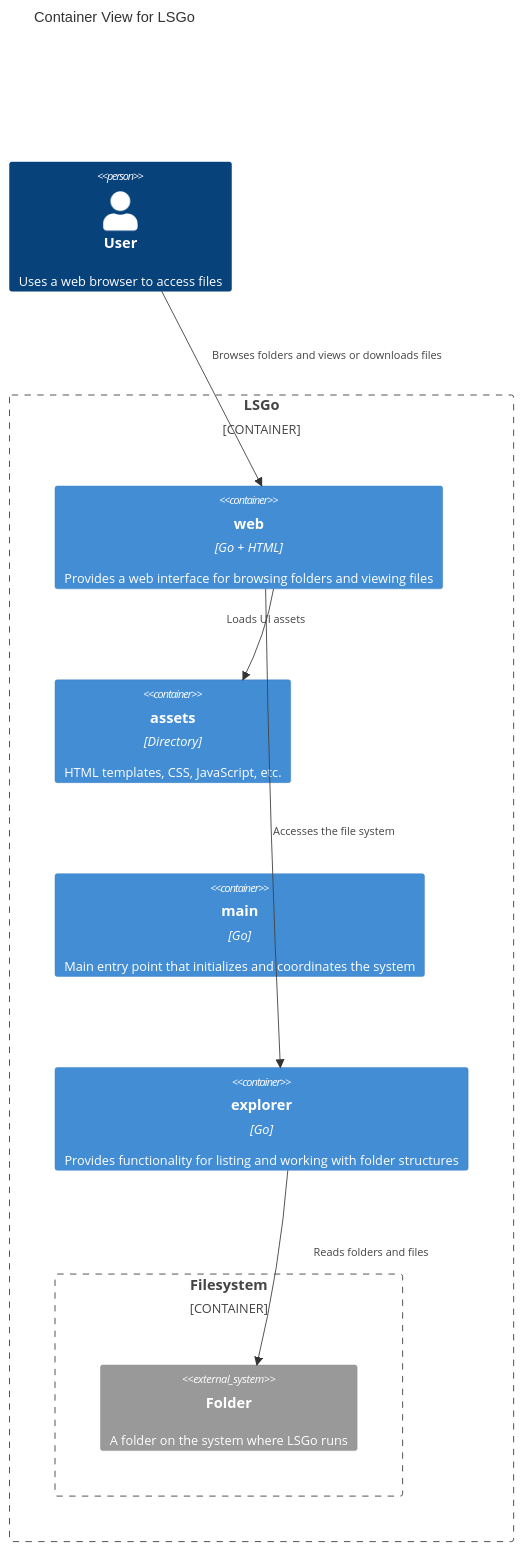
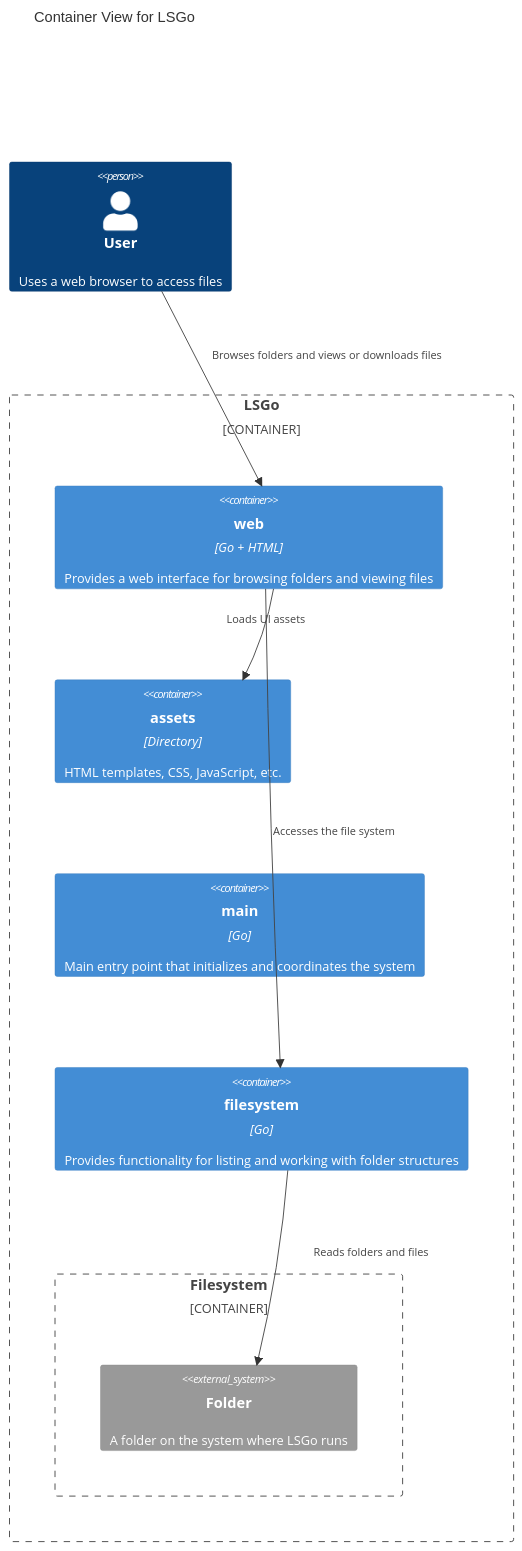
Before and after one commit to mszalbach/lsgo: the second of 3 diagrams in docs/architecture.md, drawn with Mermaid. The commit also changed other lines of this file and 11 other files, not shown here.

````diff
--- a/docs/architecture.md
+++ b/docs/architecture.md
@@ -21,30 +21,30 @@
 ```mermaid
 C4Container
     title Container View for LSGo
 
     Person(user, "User", "Uses a web browser to access files")
 
     Container_Boundary(lsgo, "LSGo") {
 
         Container(webPkg, "web", "Go + HTML", "Provides a web interface for browsing folders and viewing files")
         Container(assetsPkg, "assets", "Directory", "HTML templates, CSS, JavaScript, etc.")
         Container(cmdClient, "main", "Go", "Main entry point that initializes and coordinates the system")
-        Container(explorerPkg, "explorer", "Go", "Provides functionality for listing and working with folder structures")
+        Container(filesystemPkg, "filesystem", "Go", "Provides functionality for listing and working with folder structures")
 
         Container_Boundary(filesystem, "Filesystem") {
             System_Ext(folder, "Folder", "A folder on the system where LSGo runs")
         }
     }
 
     Rel(user, webPkg, "Browses folders and views or downloads files")
     Rel(webPkg, assetsPkg, "Loads UI assets")
-    Rel(webPkg, explorerPkg, "Accesses the file system")
+    Rel(webPkg, filesystemPkg, "Accesses the file system")
 
-    Rel(explorerPkg, folder, "Reads folders and files")
+    Rel(filesystemPkg, folder, "Reads folders and files")
 
     UpdateLayoutConfig($c4ShapeInRow="2", $c4BoundaryInRow="1")
 
     UpdateRelStyle(user, webPkg, $offsetY="-40", $offsetX="0")
     UpdateRelStyle(webPkg, assetsPkg, $offsetY="-20", $offsetX="-35")
-    UpdateRelStyle(explorerPkg, folder, $offsetY="-20", $offsetX="45")
+    UpdateRelStyle(filesystemPkg, folder, $offsetY="-20", $offsetX="45")
 ```
````
